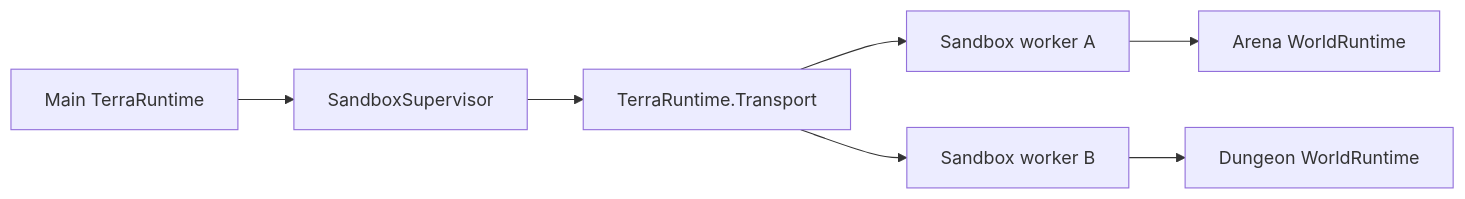
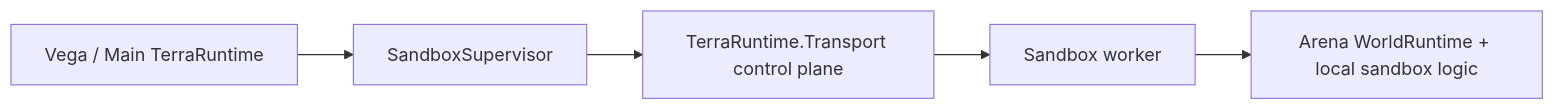
Before and after one commit to VegaKernel/TerraRuntime: the second of 6 diagrams in docs/roadmap/multi-world-sandbox-runtime.md, drawn with Mermaid. The commit also changed other lines of this file and 2 other files, not shown here.

First line of the commit message:
Define level-2 sandbox TCP socket handoff

````diff
--- a/docs/roadmap/multi-world-sandbox-runtime.md
+++ b/docs/roadmap/multi-world-sandbox-runtime.md
@@ -72,9 +76,7 @@
 ```mermaid
 flowchart LR
-    Main["Main TerraRuntime"] --> Supervisor["SandboxSupervisor"]
-    Supervisor --> Transport["TerraRuntime.Transport"]
-    Transport --> WorkerA["Sandbox worker A"]
-    Transport --> WorkerB["Sandbox worker B"]
-    WorkerA --> Arena["Arena WorldRuntime"]
-    WorkerB --> Dungeon["Dungeon WorldRuntime"]
+    Vega["Vega / Main TerraRuntime"] --> Supervisor["SandboxSupervisor"]
+    Supervisor --> Control["TerraRuntime.Transport control plane"]
+    Control --> Worker["Sandbox worker"]
+    Worker --> Arena["Arena WorldRuntime + local sandbox logic"]
 ```
````
